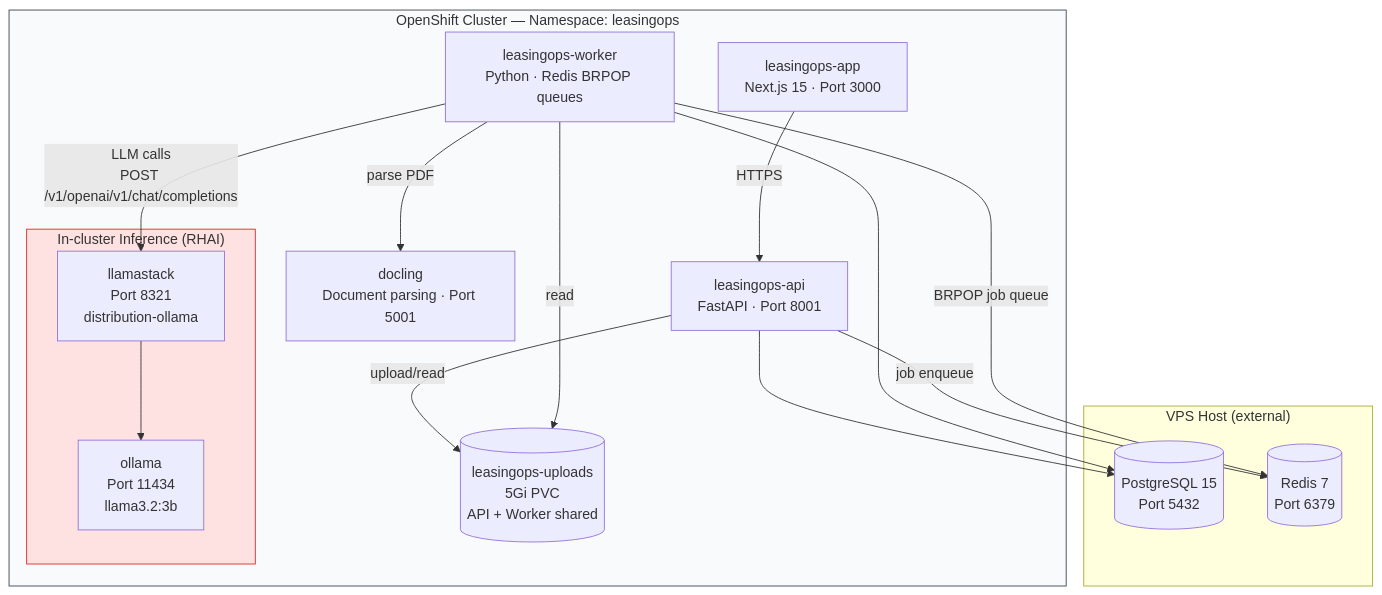
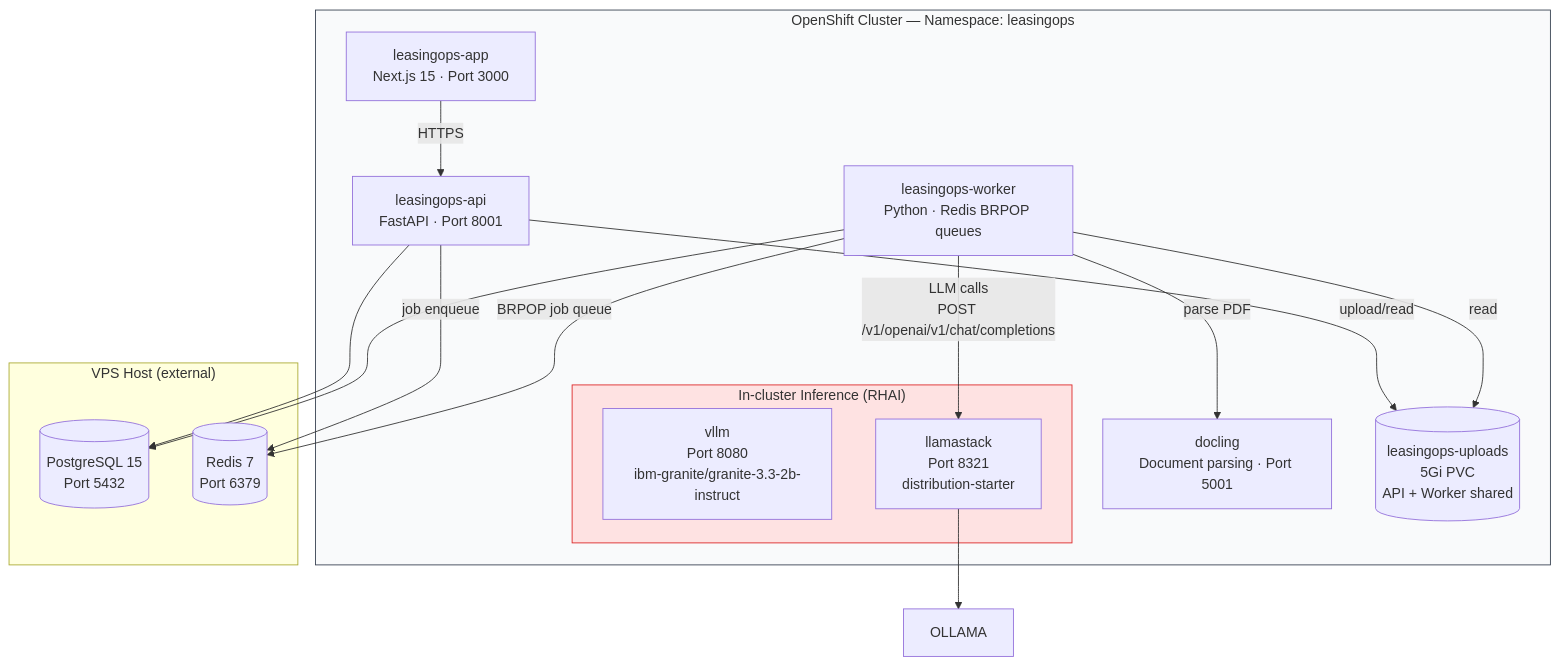
Before and after one commit to rh-ai-quickstart/Agentic-Lease-Management-and-Reconciliation-with-Codvo: the first of 3 diagrams in docs/ARCHITECTURE.md, drawn with Mermaid. The commit also changed other lines of this file and 1 other file, not shown here.

First line of the commit message:
fix(llm): switch default model to ibm-granite/granite-3.3-2b-instruct

````diff
--- a/docs/ARCHITECTURE.md
+++ b/docs/ARCHITECTURE.md
@@ -13,35 +13,35 @@
 ```mermaid
 graph TB
     subgraph OCP["OpenShift Cluster — Namespace: leasingops"]
         APP[leasingops-app<br/>Next.js 15 · Port 3000]
         API[leasingops-api<br/>FastAPI · Port 8001]
         WORKER[leasingops-worker<br/>Python · Redis BRPOP queues]
         DOCLING[docling<br/>Document parsing · Port 5001]
 
         subgraph RHAI["In-cluster Inference (RHAI)"]
-            OLLAMA[ollama<br/>Port 11434<br/>llama3.2:3b]
-            LS[llamastack<br/>Port 8321<br/>distribution-ollama]
+            VLLM[vllm<br/>Port 8080<br/>ibm-granite/granite-3.3-2b-instruct]
+            LS[llamastack<br/>Port 8321<br/>distribution-starter]
         end
 
         PVC[(leasingops-uploads<br/>5Gi PVC<br/>API + Worker shared)]
     end
 
     subgraph HOST["VPS Host (external)"]
         PG[(PostgreSQL 15<br/>Port 5432)]
         REDIS[(Redis 7<br/>Port 6379)]
     end
 
     APP -->|HTTPS| API
     API -->|upload/read| PVC
     WORKER -->|read| PVC
     API -->|job enqueue| REDIS
     WORKER -->|BRPOP job queue| REDIS
     API --> PG
     WORKER --> PG
     WORKER -->|parse PDF| DOCLING
     WORKER -->|LLM calls<br/>POST /v1/openai/v1/chat/completions| LS
     LS --> OLLAMA
 
     style RHAI fill:#fee2e2,stroke:#dc2626
     style OCP fill:#f9fafb,stroke:#374151
 ```
````
